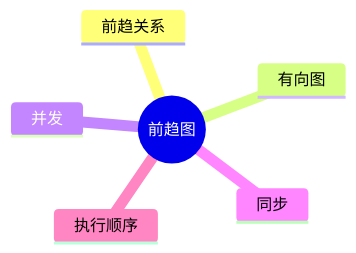
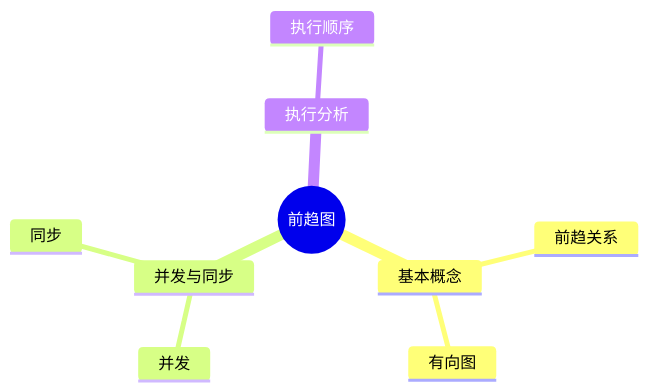
One commit to skylonely/sgao-website changed the first of 2 diagrams in docs/ruankao/system-architect/chapters/chapter-02/04-precedence-graph.md. Above: the diagram before and after it, drawn with Mermaid. The commit also changed other lines of this file and 39 other files, not shown here.

Commit message:
fix: Mermaid 思维导图

````diff
--- a/docs/ruankao/system-architect/chapters/chapter-02/04-precedence-graph.md
+++ b/docs/ruankao/system-architect/chapters/chapter-02/04-precedence-graph.md
@@ -39,9 +39,12 @@
 ```mermaid
 mindmap
   root((前趋图))
-    前趋关系
-    有向图
-    并发
-    同步
-    执行顺序
+    基本概念
+      前趋关系
+      有向图
+    并发与同步
+      并发
+      同步
+    执行分析
+      执行顺序
 ```
````
